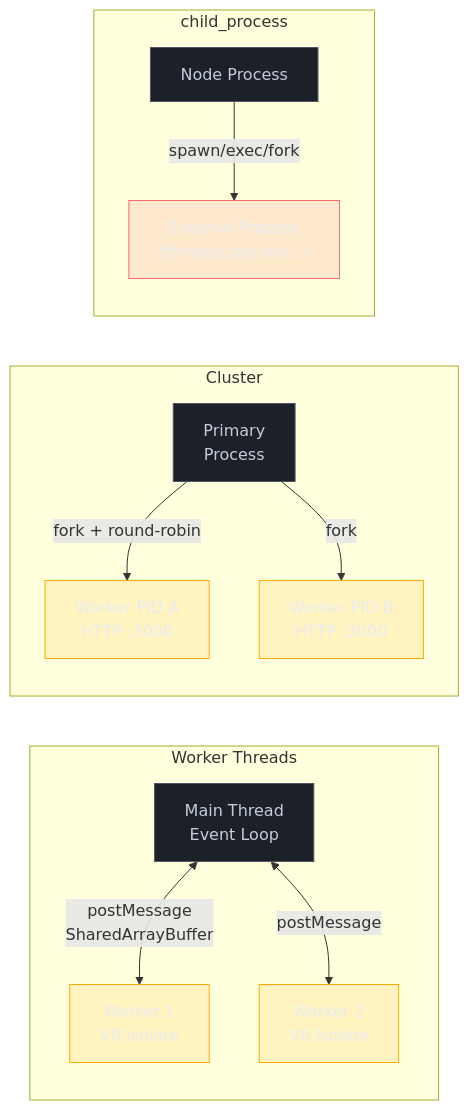
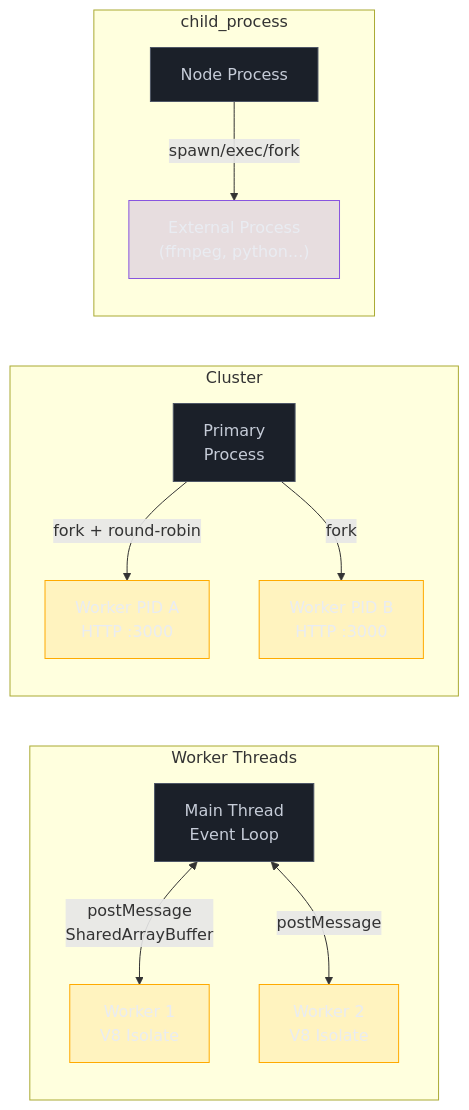
One commit to josenaldo/codex-technomanticus changed the diagram in 03-Dominios/Tecnologia/Node/Paralelismo/02 - As 3 ferramentas - Worker Threads, Cluster, child_process.md. Above: the diagram before and after it, drawn with Mermaid. The commit also changed 601 other files, not shown here.

````diff
--- a/03-Dominios/Tecnologia/Node/Paralelismo/02 - As 3 ferramentas - Worker Threads, Cluster, child_process.md
+++ b/03-Dominios/Tecnologia/Node/Paralelismo/02 - As 3 ferramentas - Worker Threads, Cluster, child_process.md
@@ -89,31 +89,31 @@
 ```mermaid
 graph LR
+    classDef marca fill:#8855DF33,stroke:#8855DF,color:#E9ECF2
     classDef neutro fill:#1B2029,stroke:#4E5666,color:#C6CCD8
     classDef destaque fill:#FFAA0024,stroke:#FFAA00,color:#E9ECF2
-    classDef falha fill:#FF6B6B24,stroke:#FF6B6B,color:#E9ECF2
     subgraph "Worker Threads"
         direction TB
         MT["Main Thread\nEvent Loop"] <-->|postMessage\nSharedArrayBuffer| WT1["Worker 1\nV8 Isolate"]
         MT <-->|postMessage| WT2["Worker 2\nV8 Isolate"]
     end
 
     subgraph "Cluster"
         direction TB
         PRI["Primary\nProcess"] -->|fork + round-robin| W1["Worker PID A\nHTTP :3000"]
         PRI -->|fork| W2["Worker PID B\nHTTP :3000"]
     end
 
     subgraph "child_process"
         direction TB
         NODE["Node Process"] -->|spawn/exec/fork| EXT["External Process\n(ffmpeg, python...)"]
     end
 
     class MT neutro
     class PRI neutro
     class NODE neutro
     class WT1 destaque
     class WT2 destaque
     class W1 destaque
     class W2 destaque
-    class EXT falha
+    class EXT marca
 ```
````
